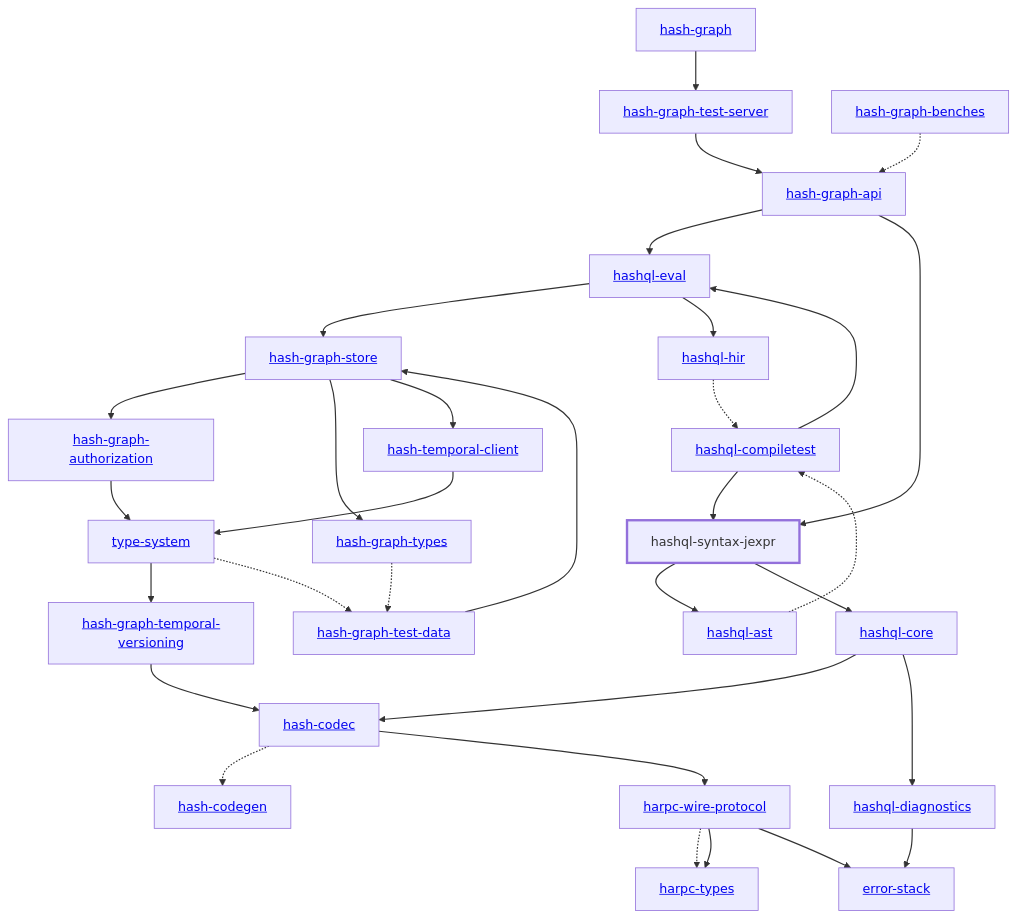
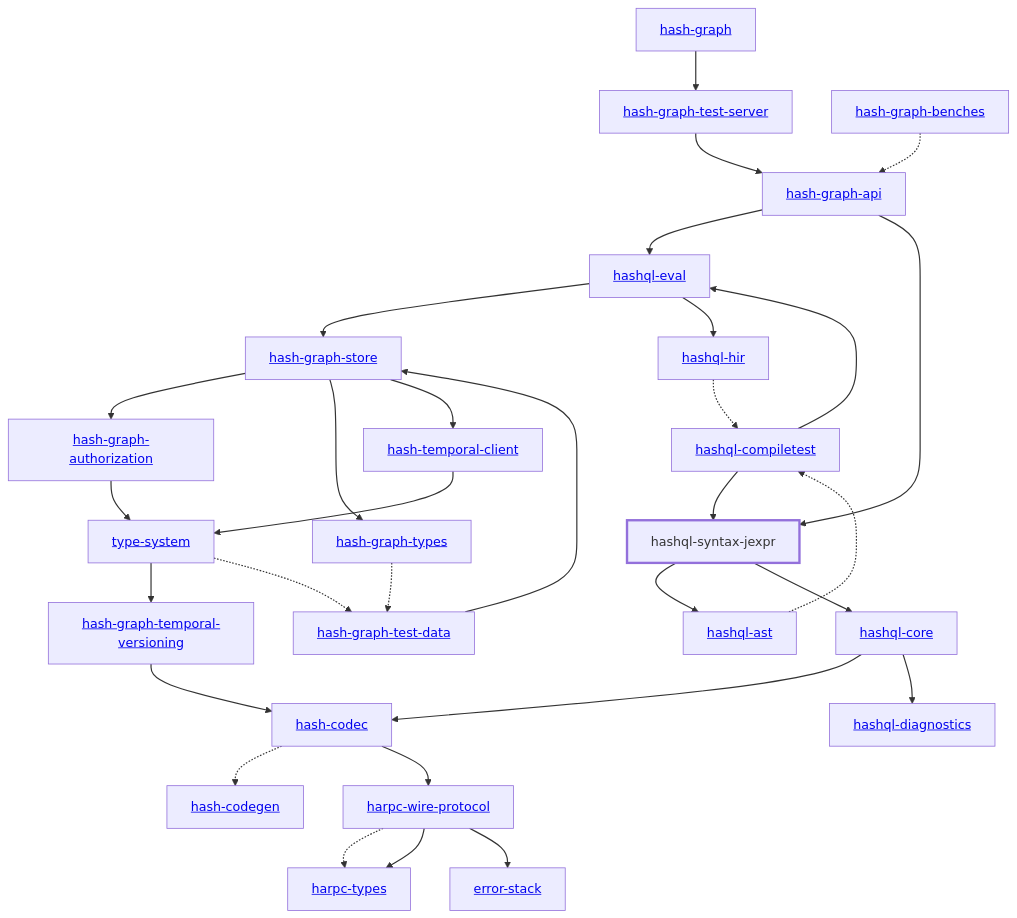
The diagram in libs/@local/hashql/syntax-jexpr/docs/dependency-diagram.mmd (hashintel/hash), drawn with Mermaid before and after one commit. The commit also changed 10 other files, not shown here.

Commit message:
fix: dependency diagrams + turbo

```diff
--- a/libs/@local/hashql/syntax-jexpr/docs/dependency-diagram.mmd
+++ b/libs/@local/hashql/syntax-jexpr/docs/dependency-diagram.mmd
@@ -1,65 +1,64 @@
 graph TD
     linkStyle default stroke-width:1.5px
     classDef default stroke-width:1px
     classDef root stroke-width:3px
     classDef dev stroke-width:1px
     classDef build stroke-width:1px
     %% Legend
     %% --> : Normal dependency
     %% -.-> : Dev dependency
     %% ---> : Build dependency
     0[<a href="../hash_graph/index.html">hash-graph</a>]
     1[<a href="../type_system/index.html">type-system</a>]
     2[<a href="../hash_codec/index.html">hash-codec</a>]
     3[<a href="../hash_codegen/index.html">hash-codegen</a>]
     4[<a href="../hash_graph_api/index.html">hash-graph-api</a>]
     5[<a href="../hash_graph_authorization/index.html">hash-graph-authorization</a>]
     6[<a href="../hash_graph_store/index.html">hash-graph-store</a>]
     7[<a href="../hash_graph_temporal_versioning/index.html">hash-graph-temporal-versioning</a>]
     8[<a href="../hash_graph_test_server/index.html">hash-graph-test-server</a>]
     9[<a href="../hash_graph_types/index.html">hash-graph-types</a>]
     10[<a href="../harpc_types/index.html">harpc-types</a>]
     11[<a href="../harpc_wire_protocol/index.html">harpc-wire-protocol</a>]
     12[<a href="../hashql_ast/index.html">hashql-ast</a>]
     13[<a href="../hashql_compiletest/index.html">hashql-compiletest</a>]
     14[<a href="../hashql_core/index.html">hashql-core</a>]
     15[<a href="../hashql_diagnostics/index.html">hashql-diagnostics</a>]
     16[<a href="../hashql_eval/index.html">hashql-eval</a>]
     17[<a href="../hashql_hir/index.html">hashql-hir</a>]
     18[hashql-syntax-jexpr]
     class 18 root
     19[<a href="../hash_temporal_client/index.html">hash-temporal-client</a>]
     20[<a href="../error_stack/index.html">error-stack</a>]
     21[<a href="../hash_graph_benches/index.html">hash-graph-benches</a>]
     22[<a href="../hash_graph_test_data/index.html">hash-graph-test-data</a>]
     0 --> 8
     1 --> 7
     1 -.-> 22
     2 -.-> 3
     2 --> 11
     4 --> 16
     4 --> 18
     5 --> 1
     6 --> 5
     6 --> 9
     6 --> 19
     7 --> 2
     8 --> 4
     9 -.-> 22
     11 -.-> 10
     11 --> 10
     11 --> 20
     12 -.-> 13
     13 --> 16
     13 --> 18
     14 --> 2
     14 --> 15
-    15 --> 20
     16 --> 6
     16 --> 17
     17 -.-> 13
     18 --> 12
     18 --> 14
     19 --> 1
     21 -.-> 4
     22 --> 6
```
